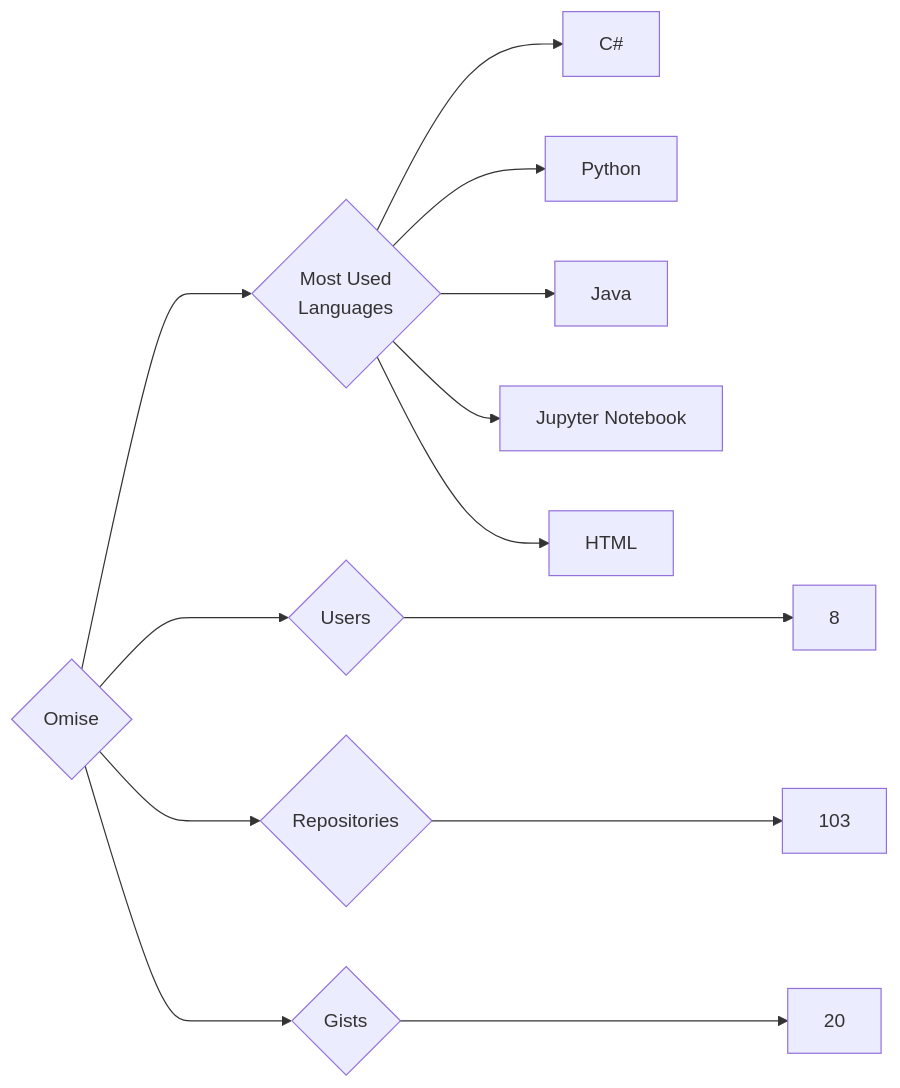
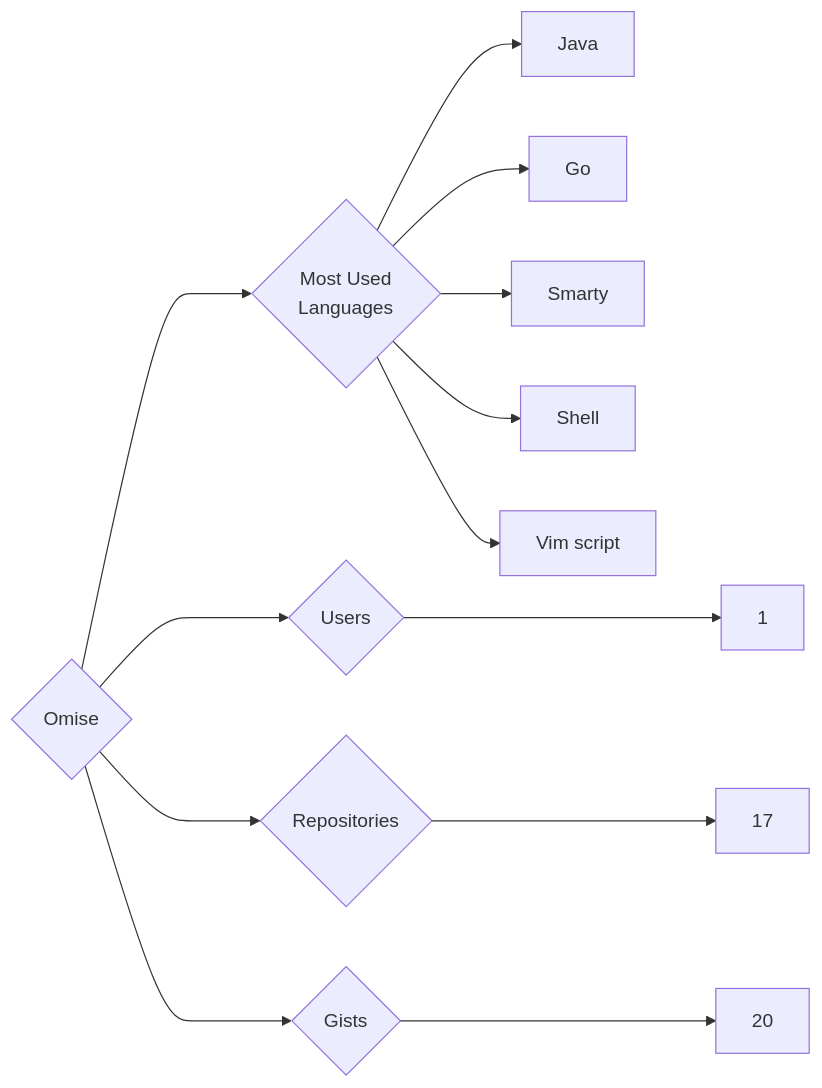
Before and after one commit to trickest/insiders: the diagram in targets/Omise/README.md, drawn with Mermaid. The commit also changed 681 other files, not shown here.

````diff
--- a/targets/Omise/README.md
+++ b/targets/Omise/README.md
@@ -3,13 +3,13 @@
 ```mermaid
 graph LR
 COMPANY_NAME{Omise}
-COMPANY_NAME ---> U{Users} ---> UN[8]
-COMPANY_NAME ---> R{Repositories} ---> RN[103]
+COMPANY_NAME ---> U{Users} ---> UN[1]
+COMPANY_NAME ---> R{Repositories} ---> RN[17]
 COMPANY_NAME ---> G{Gists} ---> GN[20]
 COMPANY_NAME ---> ML{Most Used<br>Languages}
-ML --> C#[C#]
-ML --> Python[Python]
 ML --> Java[Java]
-ML --> Jupyter_Notebook[Jupyter Notebook]
-ML --> HTML[HTML]
+ML --> Go[Go]
+ML --> Smarty[Smarty]
+ML --> Shell[Shell]
+ML --> Vim_script[Vim script]
 ```
````
